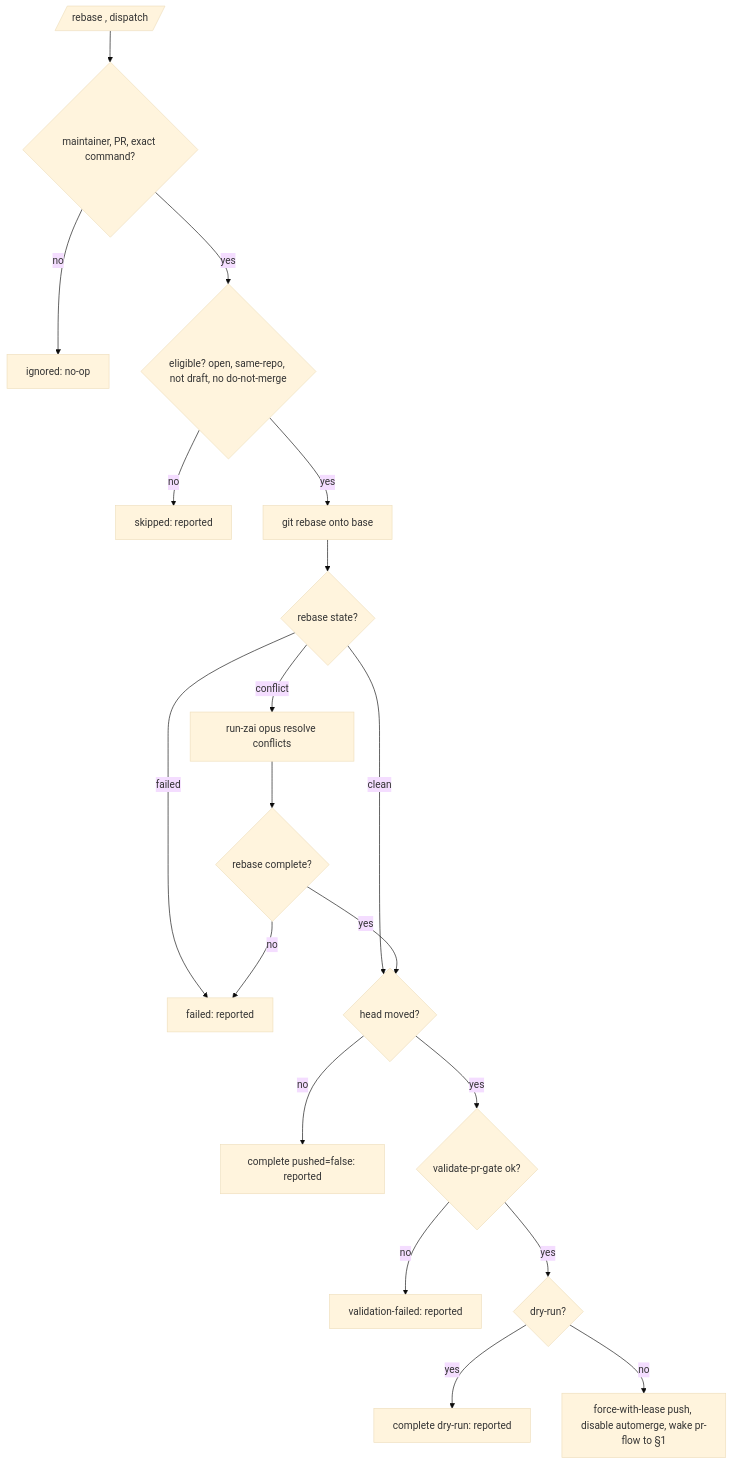
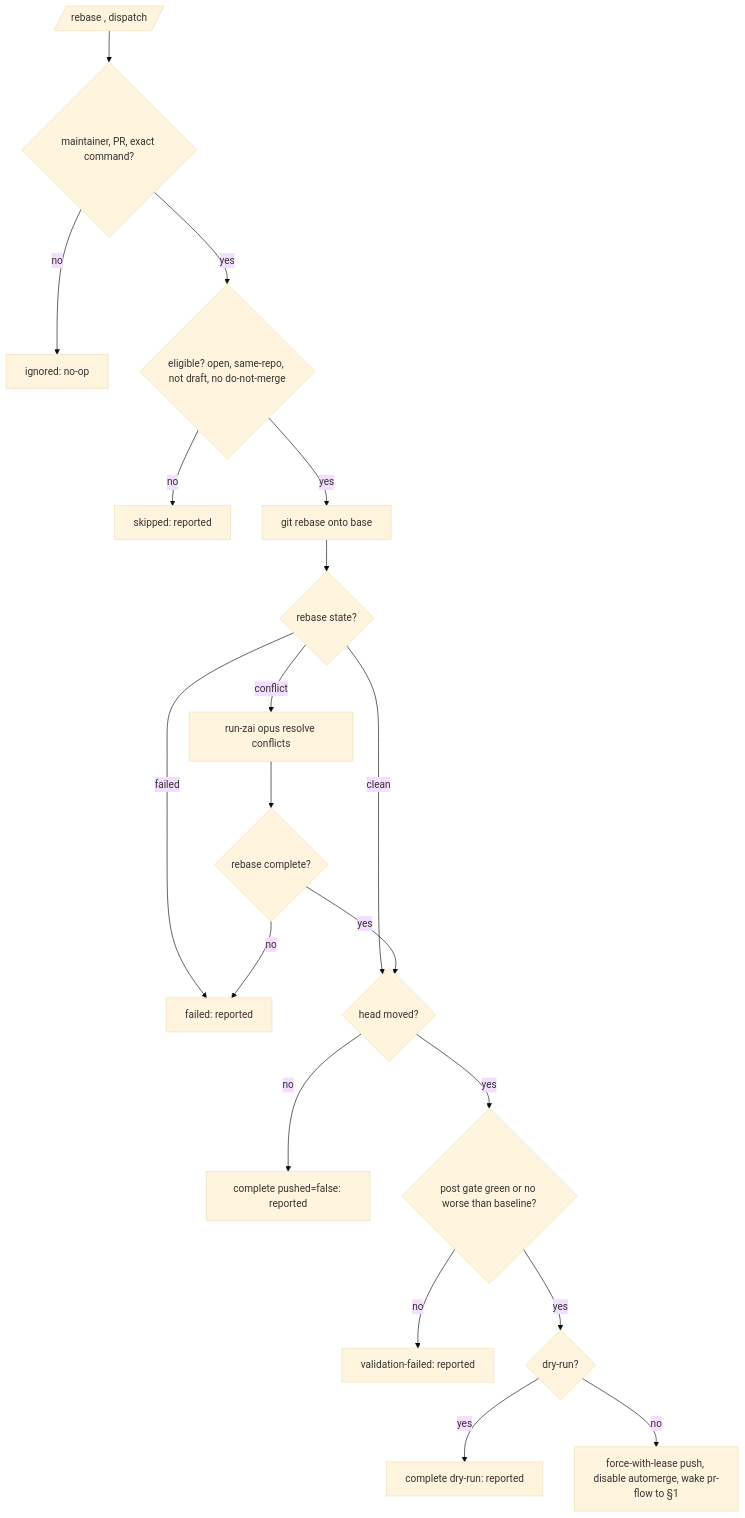
One commit to kostua16/amnezia-control-panel changed the ninth of 10 diagrams in docs/workflow-e2e-scenarios.md. Above: the diagram before and after it, drawn with Mermaid (base theme). The commit also changed other lines of this file and 7 other files, not shown here.

````diff
--- a/docs/workflow-e2e-scenarios.md
+++ b/docs/workflow-e2e-scenarios.md
@@ -378,21 +378,21 @@
 ```mermaid
 flowchart TD
   R[/rebase , dispatch/] --> G{maintainer, PR, exact command?}
   G -->|no| IG[ignored: no-op]
   G -->|yes| E{eligible? open, same-repo, not draft, no do-not-merge}
   E -->|no| SK[skipped: reported]
   E -->|yes| RB[git rebase onto base]
   RB --> S{rebase state?}
   S -->|conflict| ZAI[run-zai opus resolve conflicts]
   S -->|failed| FL[failed: reported]
   ZAI --> V2{rebase complete?}
   V2 -->|no| FL
   S -->|clean| M{head moved?}
   V2 -->|yes| M
   M -->|no| NO[complete pushed=false: reported]
-  M -->|yes| V{validate-pr-gate ok?}
+  M -->|yes| V{post gate green or no worse than baseline?}
   V -->|no| VF[validation-failed: reported]
   V -->|yes| P{dry-run?}
   P -->|yes| DR[complete dry-run: reported]
   P -->|no| FW[force-with-lease push, disable automerge, wake pr-flow to §1]
 ```
````
